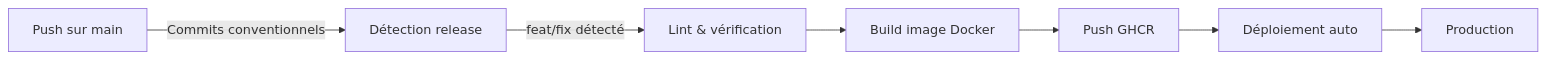
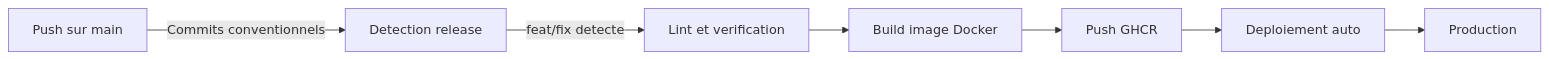
Before and after one commit to Wifsimster/x-ai-weekly-bot: the second of 2 diagrams in README.md, drawn with Mermaid. The commit also changed other lines of this file and 5 other files, not shown here.

````diff
--- a/README.md
+++ b/README.md
@@ -94,9 +114,9 @@
 ```mermaid
 graph LR
-    A[Push sur main] -->|Commits conventionnels| B[Détection release]
-    B -->|feat/fix détecté| C[Lint & vérification]
+    A[Push sur main] -->|Commits conventionnels| B[Detection release]
+    B -->|feat/fix detecte| C[Lint et verification]
     C --> D[Build image Docker]
     D --> E[Push GHCR]
-    E --> F[Déploiement auto]
+    E --> F[Deploiement auto]
     F --> G[Production]
 ```
````
